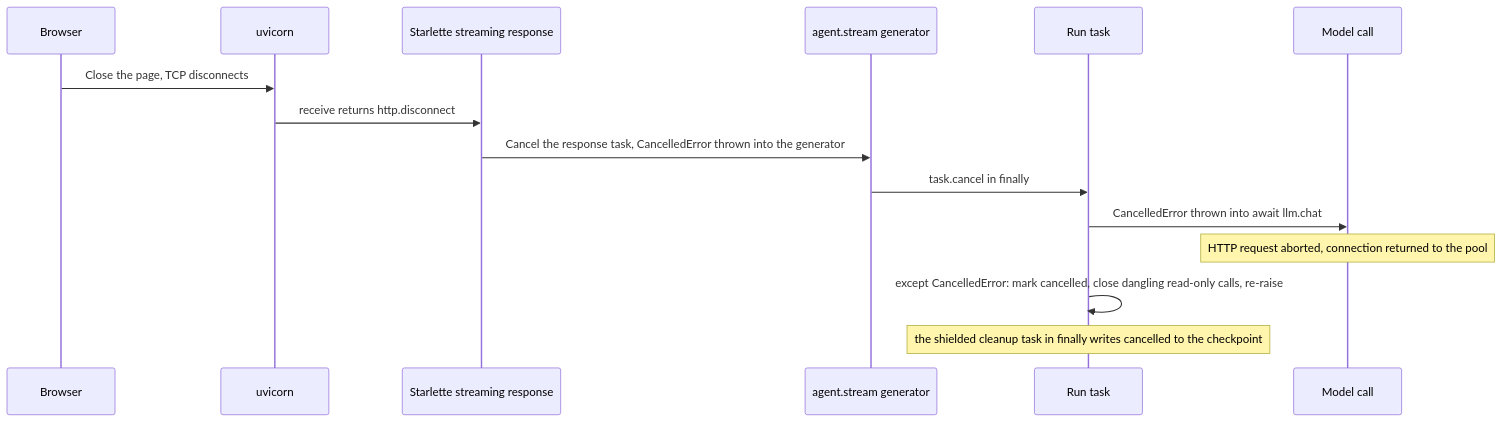
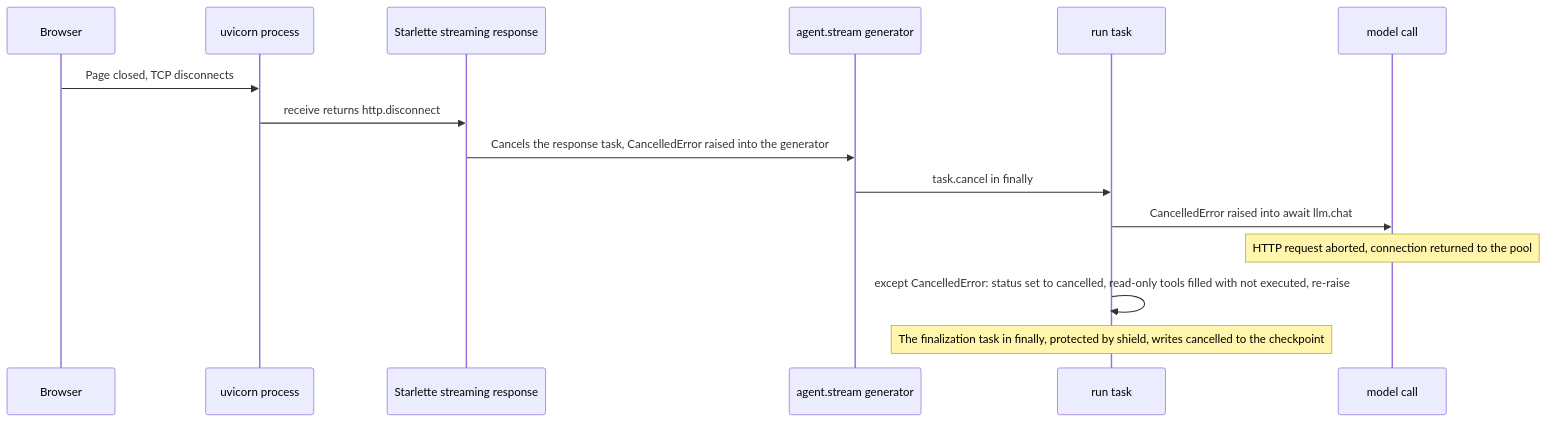
The second of 3 diagrams in lessons/30_async_runtime/README.en.md (heaven999b/hello-agent-system), drawn with Mermaid before and after one commit. The commit also changed other lines of this file and 9 other files, not shown here.

````diff
--- a/lessons/30_async_runtime/README.en.md
+++ b/lessons/30_async_runtime/README.en.md
@@ -167,17 +165,17 @@
 ```mermaid
 sequenceDiagram
     participant B as Browser
-    participant U as uvicorn
+    participant U as uvicorn process
     participant S as Starlette streaming response
     participant G as agent.stream generator
-    participant R as Run task
-    participant M as Model call
-    B->>U: Close the page, TCP disconnects
+    participant R as run task
+    participant M as model call
+    B->>U: Page closed, TCP disconnects
     U->>S: receive returns http.disconnect
-    S->>G: Cancel the response task, CancelledError thrown into the generator
+    S->>G: Cancels the response task, CancelledError raised into the generator
     G->>R: task.cancel in finally
-    R->>M: CancelledError thrown into await llm.chat
+    R->>M: CancelledError raised into await llm.chat
     Note over M: HTTP request aborted, connection returned to the pool
-    R->>R: except CancelledError: mark cancelled, close dangling read-only calls, re-raise
-    Note over R: the shielded cleanup task in finally writes cancelled to the checkpoint
+    R->>R: except CancelledError: status set to cancelled, read-only tools filled with not executed, re-raise
+    Note over R: The finalization task in finally, protected by shield, writes cancelled to the checkpoint
 ```
````
